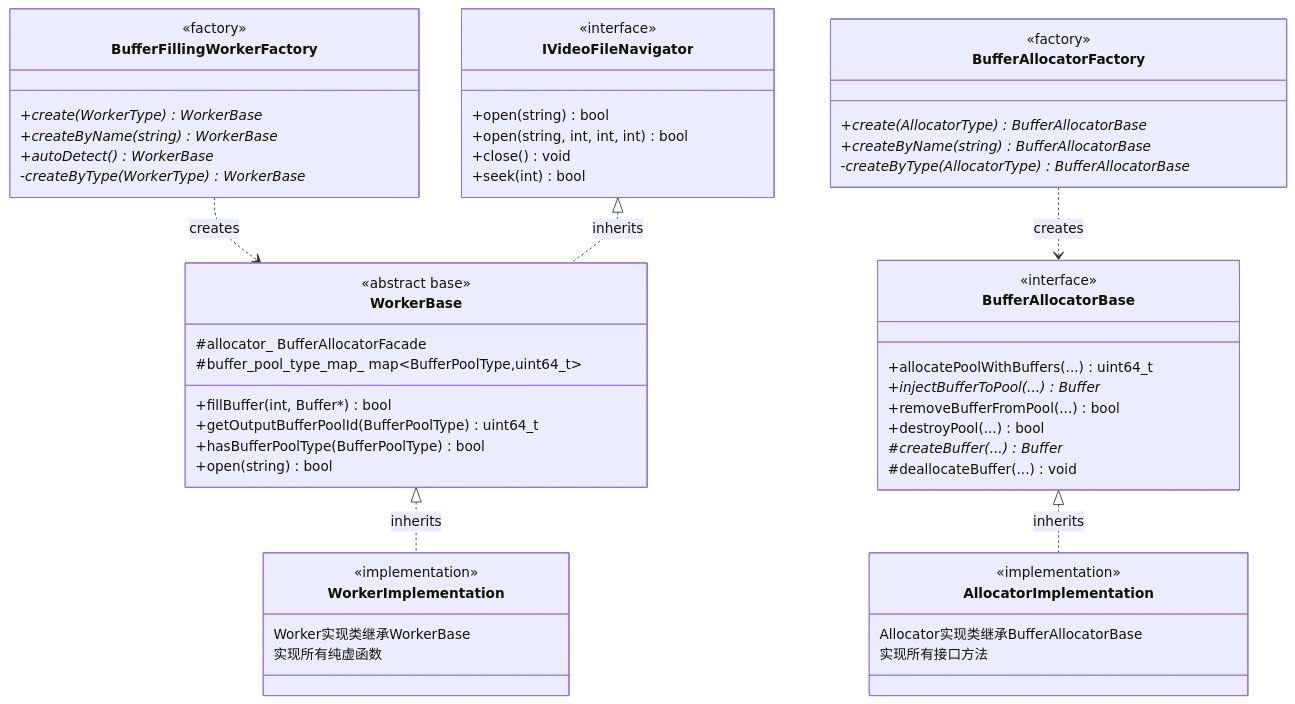
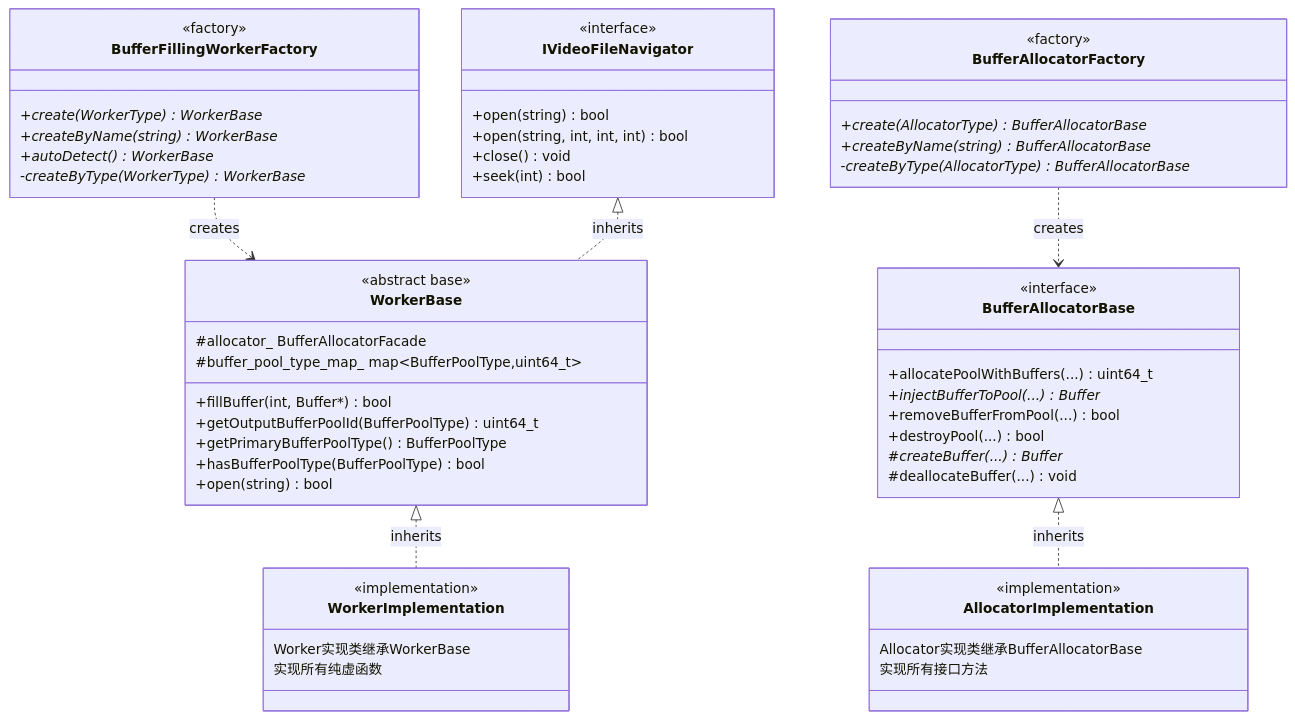
Before and after one commit to luoxiafeng-1990/components: the second of 6 diagrams in ARCHITECTURE.md, drawn with Mermaid. The commit also changed other lines of this file and 6 other files, not shown here.

First line of the commit message:
feat(worker): 添加 getPrimaryBufferPoolType 方法，简化 BufferPool 类型获取

````diff
--- a/ARCHITECTURE.md
+++ b/ARCHITECTURE.md
@@ -950,63 +957,64 @@
 ```mermaid
 classDiagram
     class BufferFillingWorkerFactory {
         <<factory>>
         +create(WorkerType) WorkerBase*
         +createByName(string) WorkerBase*
         +autoDetect() WorkerBase*
         -createByType(WorkerType) WorkerBase*
     }
     
     class BufferAllocatorFactory {
         <<factory>>
         +create(AllocatorType) BufferAllocatorBase*
         +createByName(string) BufferAllocatorBase*
         -createByType(AllocatorType) BufferAllocatorBase*
     }
     
     class IVideoFileNavigator {
         <<interface>>
         +open(string) bool
         +open(string, int, int, int) bool
         +close() void
         +seek(int) bool
     }
     
     class BufferAllocatorBase {
         <<interface>>
         +allocatePoolWithBuffers(...) uint64_t
         +injectBufferToPool(...) Buffer*
         +removeBufferFromPool(...) bool
         +destroyPool(...) bool
         #createBuffer(...) Buffer*
         #deallocateBuffer(...) void
     }
     
     class WorkerBase {
         <<abstract base>>
         +fillBuffer(int, Buffer*) bool
         +getOutputBufferPoolId(BufferPoolType) uint64_t
+        +getPrimaryBufferPoolType() BufferPoolType
         +hasBufferPoolType(BufferPoolType) bool
         +open(string) bool
         #allocator_ BufferAllocatorFacade
         #buffer_pool_type_map_ map~BufferPoolType,uint64_t~
     }
     
     class WorkerImplementation {
         <<implementation>>
         Worker实现类继承WorkerBase
         实现所有纯虚函数
     }
     
     class AllocatorImplementation {
         <<implementation>>
         Allocator实现类继承BufferAllocatorBase
         实现所有接口方法
     }
     
     BufferFillingWorkerFactory ..> WorkerBase : creates
     BufferAllocatorFactory ..> BufferAllocatorBase : creates
     IVideoFileNavigator <|.. WorkerBase : inherits
     WorkerBase <|.. WorkerImplementation : inherits
     BufferAllocatorBase <|.. AllocatorImplementation : inherits
 ```
````
